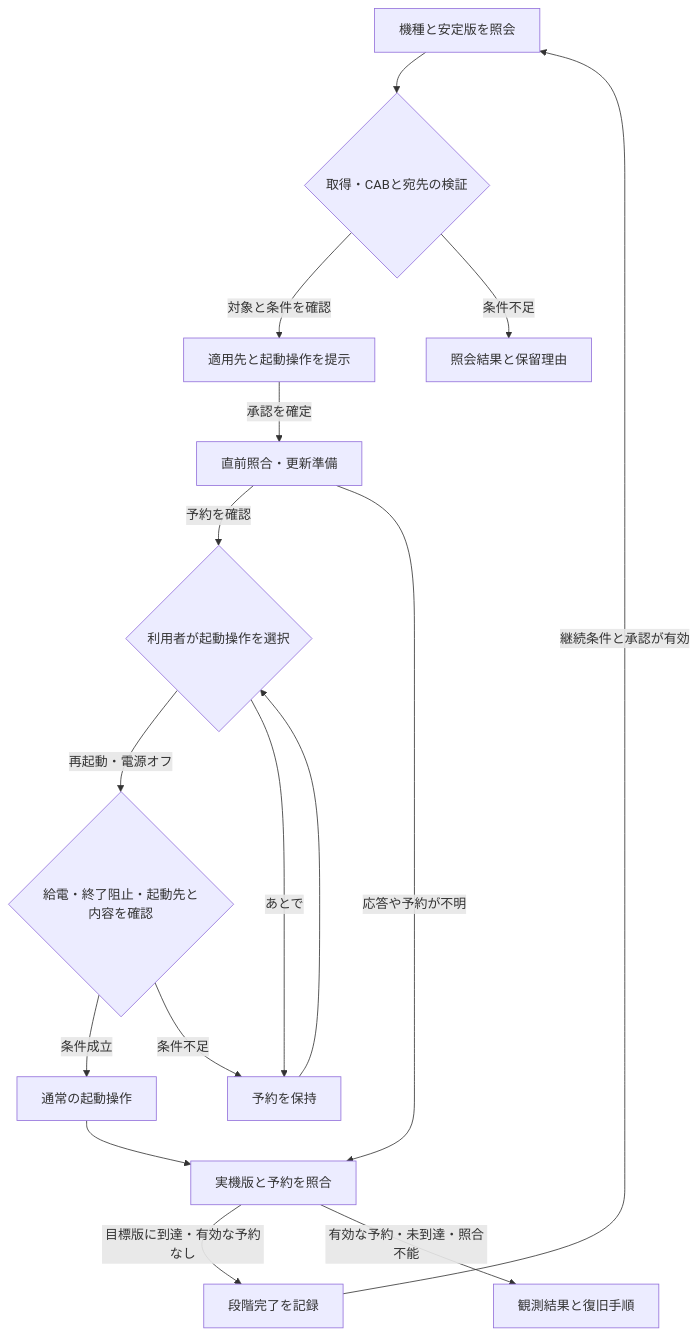
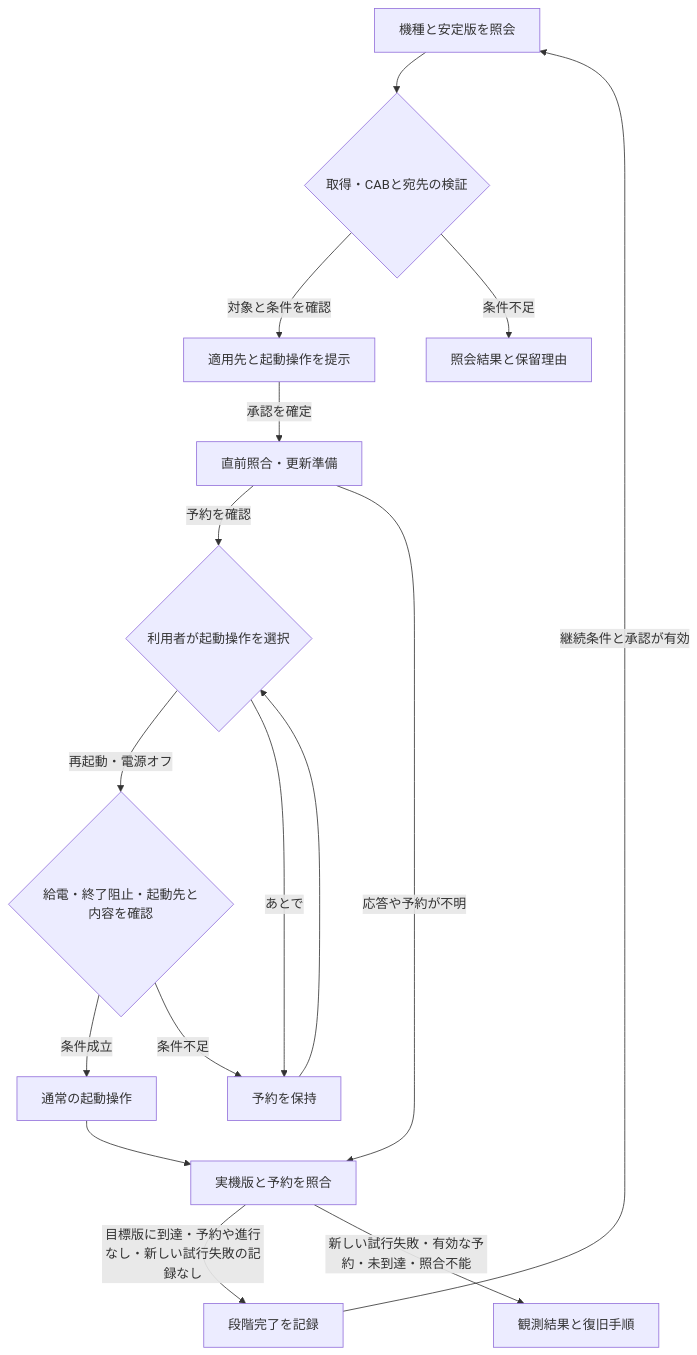
The diagram in mknk-bios-update-design-and-sample/Linux-BIOS-Updater-Design.md (azusanakano/mknk-bios-update), drawn with Mermaid before and after one commit. The commit also changed other lines of this file and 2 other files, not shown here.

````diff
--- a/mknk-bios-update-design-and-sample/Linux-BIOS-Updater-Design.md
+++ b/mknk-bios-update-design-and-sample/Linux-BIOS-Updater-Design.md
@@ -78,18 +78,18 @@
 ```mermaid
 flowchart TD
     A["機種と安定版を照会"] --> B{"取得・CABと宛先の検証"}
     B -->|対象と条件を確認| I["適用先と起動操作を提示"]
     B -->|条件不足| G["照会結果と保留理由"]
     I -->|承認を確定| C["直前照合・更新準備"]
     C -->|予約を確認| R{"利用者が起動操作を選択"}
     R -->|再起動・電源オフ| P{"給電・終了阻止・起動先と内容を確認"}
     R -->|あとで| W["予約を保持"]
     W --> R
     P -->|条件成立| D["通常の起動操作"]
     P -->|条件不足| W
     C -->|応答や予約が不明| E["実機版と予約を照合"]
     D --> E
-    E -->|目標版に到達・有効な予約なし| F["段階完了を記録"]
-    E -->|有効な予約・未到達・照合不能| H["観測結果と復旧手順"]
+    E -->|目標版に到達・予約や進行なし・新しい試行失敗の記録なし| F["段階完了を記録"]
+    E -->|新しい試行失敗・有効な予約・未到達・照合不能| H["観測結果と復旧手順"]
     F -->|継続条件と承認が有効| A
 ```
````
